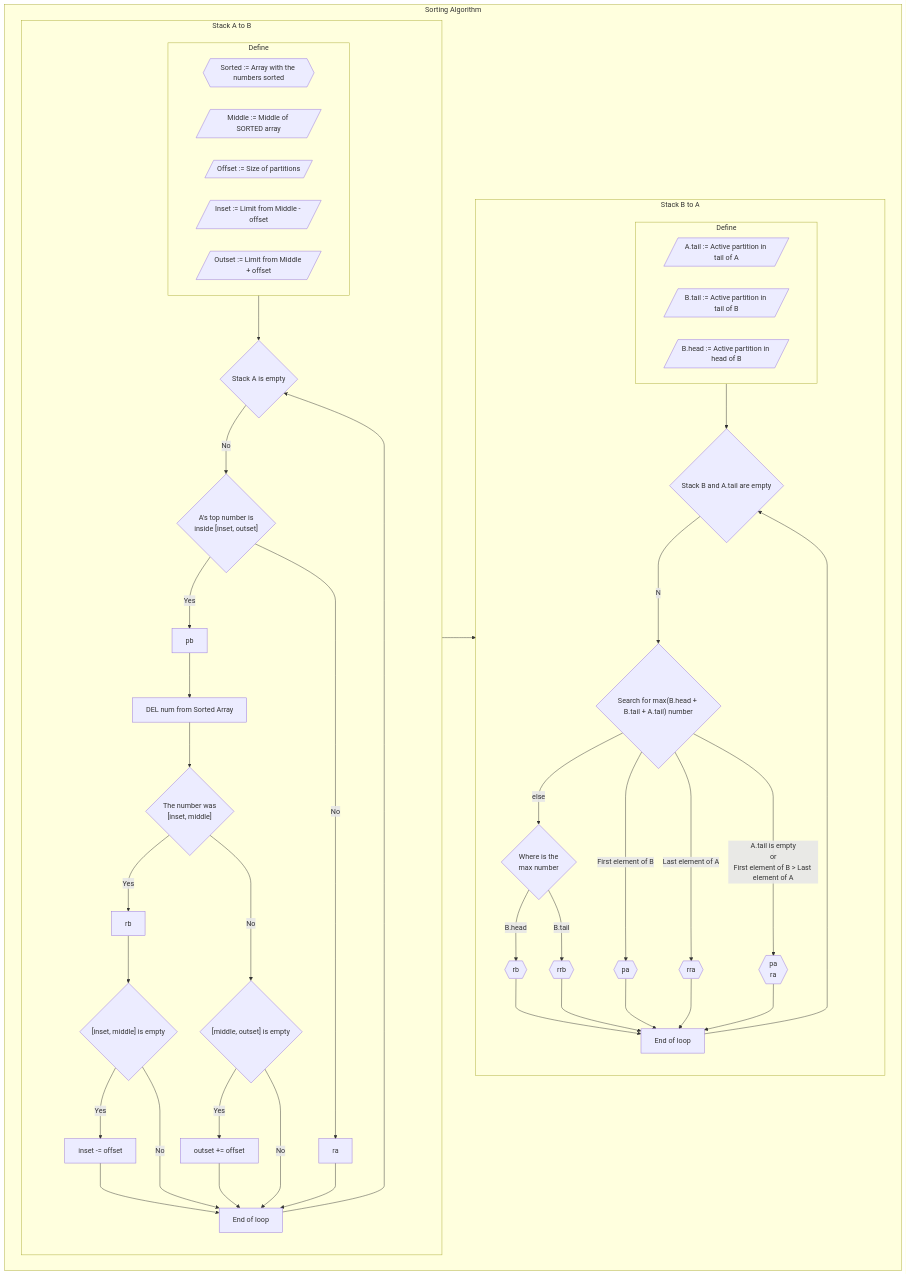
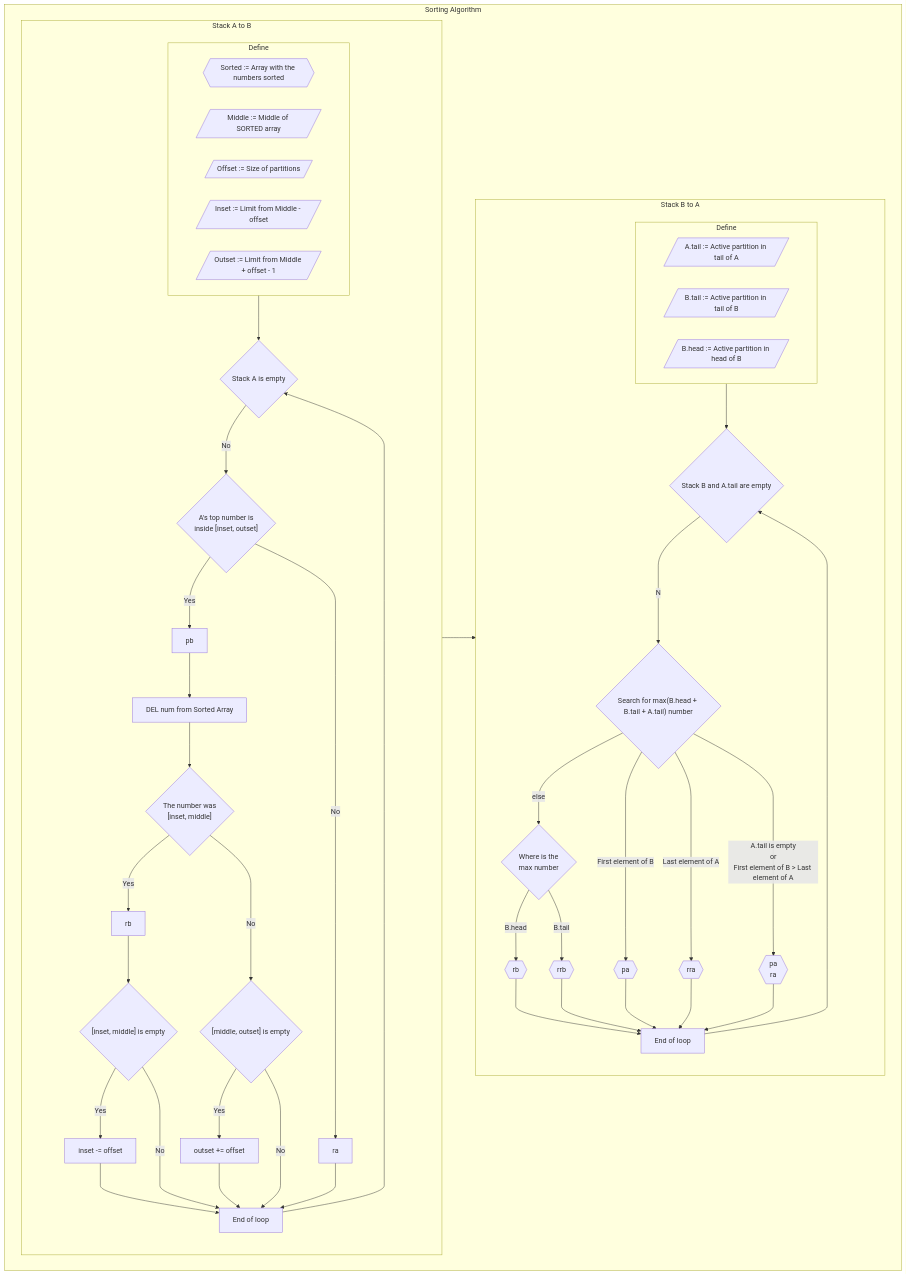
One commit to 3lsy/push_swap changed the second of 2 diagrams in docs/README.md. Above: the diagram before and after it, drawn with Mermaid.

````diff
--- a/docs/README.md
+++ b/docs/README.md
@@ -41,60 +41,60 @@
 ```mermaid
 %%{ init: { 'flowchart': { 'curve': 'monotoneY' } } }%%
 flowchart LR
     subgraph Sorting[Sorting Algorithm]
         direction LR
         subgraph FirstStep[Stack A to B]
                 direction TB
                 subgraph Define
                     direction LR
                     sorted{{Sorted := Array with the numbers sorted}}
                     middle[/Middle := Middle of SORTED array/]
                     offset[/Offset := Size of partitions/]
                     inset[/Inset := Limit from Middle - offset/]
-                    outset[/Outset := Limit from Middle + offset/]
+                    outset[/Outset := Limit from Middle + offset - 1/]
                 end
                 Define --> a2b{Stack A is empty}
                 a2b -- No --> topInRange{"A's top number is\ninside [inset, outset]"}
                 topInRange -- Yes --> pb1[pb]
                 pb1 --> rmNumber["DEL num from Sorted Array"]
                 rmNumber --> inInset{"The number was\n[inset, middle]"}
                 inInset -- Yes --> rb1[rb]
                 topInRange -- No --> ra1[ra]
                 rb1 --> emptyInset{"[inset, middle] is empty"}
                 emptyInset -- Yes --> addInset[inset -= offset]
                 inInset -- No --> emptyOutset{"[middle, outset] is empty"}
                 emptyOutset -- Yes --> addOutset[outset += offset]
                 ra1 --> eol[End of loop]
                 emptyOutset -- No --> eol
                 emptyInset -- No --> eol
                 addOutset --> eol
                 addInset --> eol
                 eol --> a2b
         end
         subgraph SecondStep[Stack B to A]
                 direction TB
                 subgraph Define2[Define]
                     direction LR
                     tail[/A.tail := Active partition in tail of A/]
                     btail[/B.tail := Active partition in tail of B/]
                     bhead[/B.head := Active partition in head of B/]
                 end
                 Define2 --> b2a{Stack B and A.tail are empty\n}
                 b2a --No--> search{"Search for max(B.head + B.tail + A.tail) number"}
                 search --"First element of B"--> pa{{pa}}
                 search --"Last element of A"--> rra{{rra}}
                 search --"A.tail is empty\nor\nFirst element of B > Last element of A"-->para{{"pa\nra"}}
                 search --"else"--> else{Where is the\nmax number}
                 else --"B.head"--> rb{{rb}}
                 else --"B.tail"--> rrb{{rrb}}
                 rb --> eol2[End of loop]
                 rrb --> eol2
                 pa --> eol2
                 rra --> eol2
                 para --> eol2
                 eol2 --> b2a
 
         end
         FirstStep --> SecondStep
     end
 ```
````
